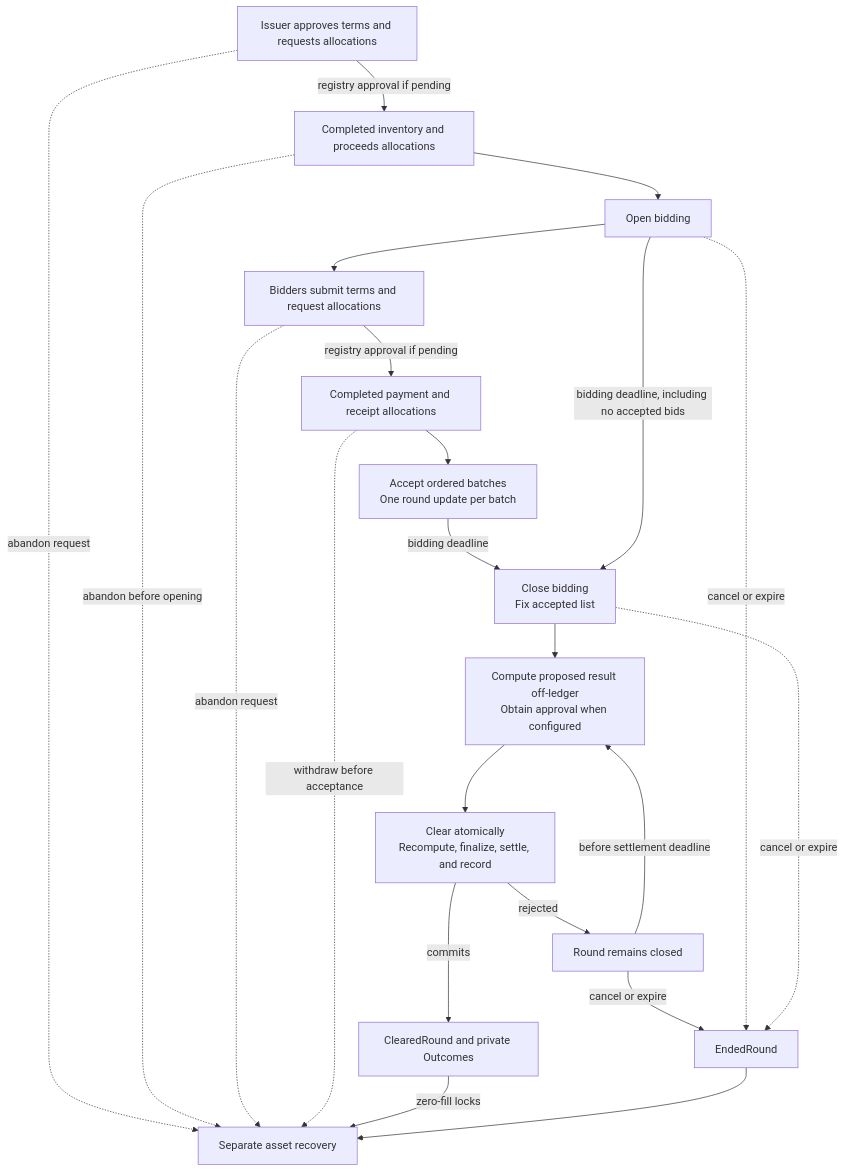
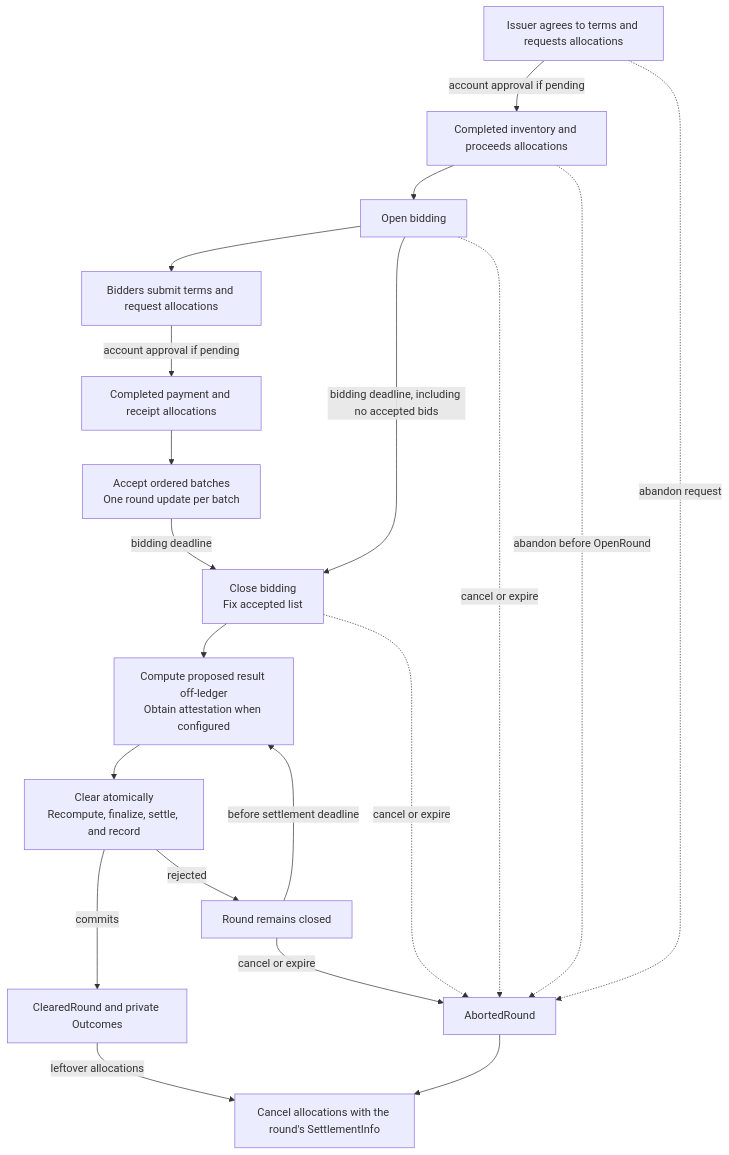
One commit to OpenZeppelin/canton-specs changed the diagram in docs/reference-architectures/confidential-auction.md. Above: the diagram before and after it, drawn with Mermaid. The commit also changed other lines of this file, not shown here.

````diff
--- a/docs/reference-architectures/confidential-auction.md
+++ b/docs/reference-architectures/confidential-auction.md
@@ -247,24 +255,22 @@
 ```mermaid
 flowchart TB
-    PrepareRound["Issuer approves terms and requests allocations"] -->|"registry approval if pending"| RoundReady["Completed inventory and proceeds allocations"]
+    PrepareRound["Issuer agrees to terms and requests allocations"] -->|"account approval if pending"| RoundReady["Completed inventory and proceeds allocations"]
     RoundReady --> Open["Open bidding"]
     Open --> PrepareBid["Bidders submit terms and request allocations"]
-    PrepareBid -->|"registry approval if pending"| Ready["Completed payment and receipt allocations"]
+    PrepareBid -->|"account approval if pending"| Ready["Completed payment and receipt allocations"]
     Ready --> Accept["Accept ordered batches<br/>One round update per batch"]
     Accept -->|"bidding deadline"| Close["Close bidding<br/>Fix accepted list"]
     Open -->|"bidding deadline, including no accepted bids"| Close
-    Close --> Propose["Compute proposed result off-ledger<br/>Obtain approval when configured"]
+    Close --> Propose["Compute proposed result off-ledger<br/>Obtain attestation when configured"]
     Propose --> Clear["Clear atomically<br/>Recompute, finalize, settle, and record"]
     Clear -->|"commits"| Done["ClearedRound and private Outcomes"]
     Clear -->|"rejected"| Retry["Round remains closed"]
     Retry -->|"before settlement deadline"| Propose
-    Retry -->|"cancel or expire"| End["EndedRound"]
+    Retry -->|"cancel or expire"| End["AbortedRound"]
     Open -.->|"cancel or expire"| End
     Close -.->|"cancel or expire"| End
-    PrepareRound -.->|"abandon request"| Recover["Separate asset recovery"]
-    RoundReady -.->|"abandon before opening"| Recover
-    PrepareBid -.->|"abandon request"| Recover
-    Ready -.->|"withdraw before acceptance"| Recover
-    Done -->|"zero-fill locks"| Recover
+    PrepareRound -.->|"abandon request"| End
+    RoundReady -.->|"abandon before OpenRound"| End
+    Done -->|"leftover allocations"| Recover["Cancel allocations with the round's SettlementInfo"]
     End --> Recover
 ```
````
